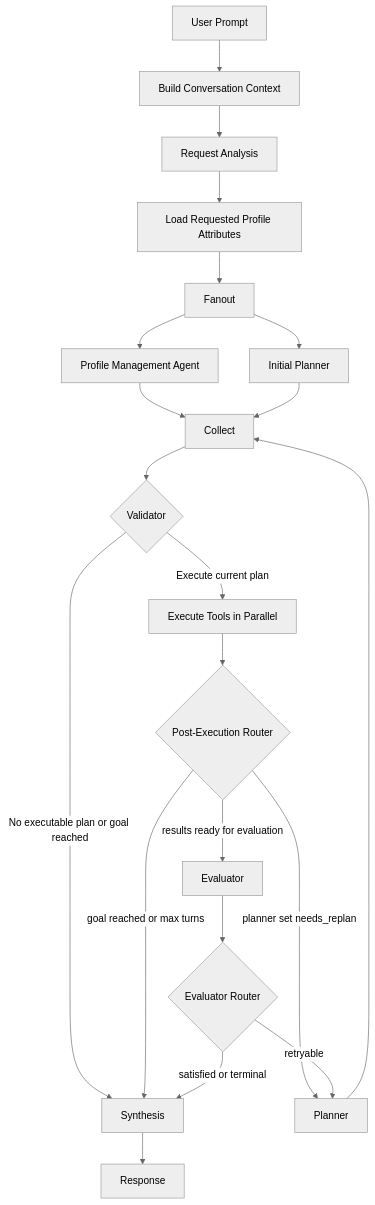
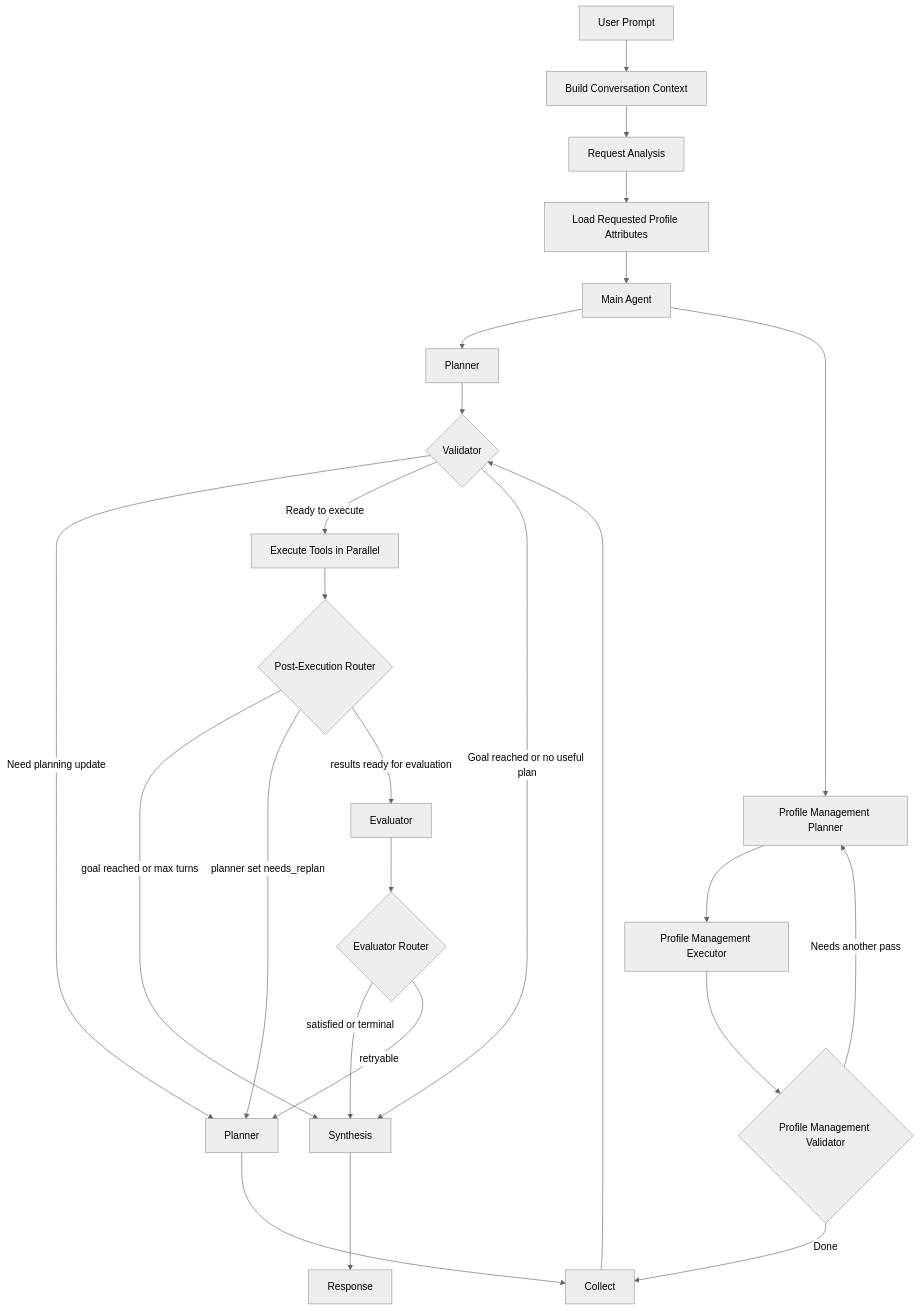
The diagram in README.md (mikeshutov/llm_poc), drawn with Mermaid (neutral theme) before and after one commit.

Commit message:
more changes

````diff
--- a/README.md
+++ b/README.md
@@ -36,28 +36,31 @@
 ```mermaid
 flowchart TD
     A[User Prompt] --> B[Build Conversation Context]
     B --> C[Request Analysis]
     C --> D[Load Requested Profile Attributes]
-    D --> E[Fanout]
-
-    E --> PM[Profile Management Agent]
-    E --> P1[Initial Planner]
-    PM --> K[Collect]
-    P1 --> K
+    D --> E[Main Agent]
+    E --> P1[Planner]
+    E --> PMP[Profile Management Planner]
+    PMP --> PMX[Profile Management Executor]
+    PMX --> PMV{Profile Management Validator}
+    PMV -->|Needs another pass| PMP
+    PMV -->|Done| K[Collect]
+    P1 --> V
 
     K --> V{Validator}
-    V -->|No executable plan or goal reached| S[Synthesis]
-    V -->|Execute current plan| X[Execute Tools in Parallel]
+    V -->|Need planning update| P2[Planner]
+    V -->|Ready to execute| X[Execute Tools in Parallel]
+    V -->|Goal reached or no useful plan| S[Synthesis]
 
     X --> R{Post-Execution Router}
     R -->|goal reached or max turns| S
-    R -->|planner set needs_replan| P2[Planner]
+    R -->|planner set needs_replan| P2
     R -->|results ready for evaluation| EV[Evaluator]
 
     EV --> ER{Evaluator Router}
     ER -->|satisfied or terminal| S
     ER -->|retryable| P2
 
     P2 --> K
     S --> L[Response]
 ```
````
